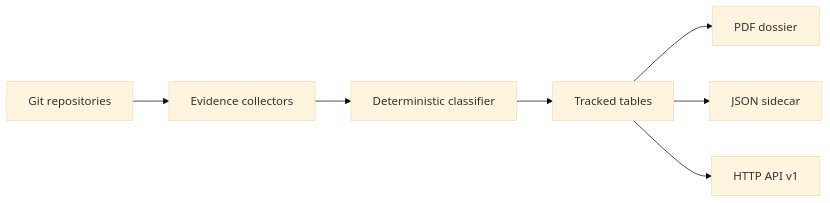
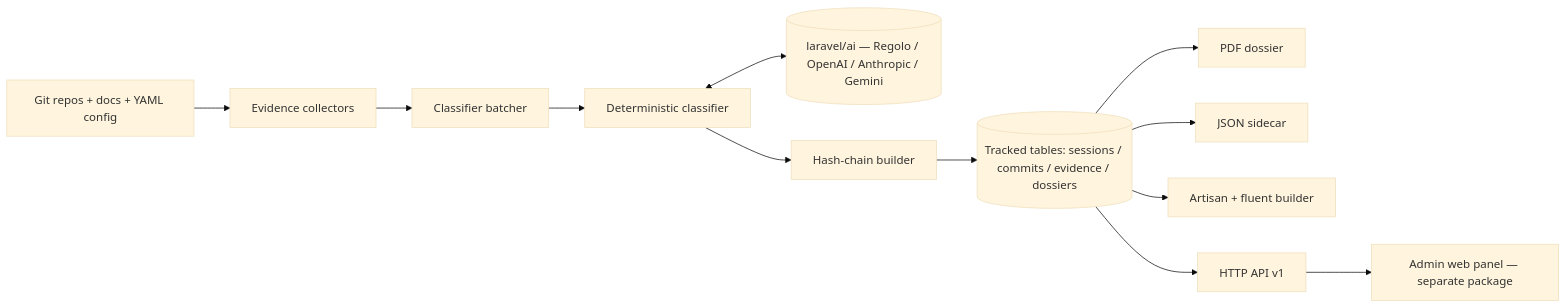
One commit to padosoft/laravel-patent-box-tracker changed the diagram in docs-site/docs/index.md. Above: the diagram before and after it, drawn with Mermaid (base theme). The commit also changed other lines of this file and 3 other files, not shown here.

````diff
--- a/docs-site/docs/index.md
+++ b/docs-site/docs/index.md
@@ -38,9 +193,14 @@
 ```mermaid
 flowchart LR
-  A[Git repositories] --> B[Evidence collectors]
-  B --> C[Deterministic classifier]
-  C --> D[Tracked tables]
-  D --> E[PDF dossier]
-  D --> F[JSON sidecar]
-  D --> G[HTTP API v1]
+  R[Git repos + docs + YAML config] --> C[Evidence collectors]
+  C --> B[Classifier batcher]
+  B --> K[Deterministic classifier]
+  K <--> S[(laravel/ai — Regolo / OpenAI / Anthropic / Gemini)]
+  K --> H[Hash-chain builder]
+  H --> D[(Tracked tables: sessions / commits / evidence / dossiers)]
+  D --> P[PDF dossier]
+  D --> J[JSON sidecar]
+  D --> CLI[Artisan + fluent builder]
+  D --> API[HTTP API v1]
+  API --> ADM[Admin web panel — separate package]
 ```
````
